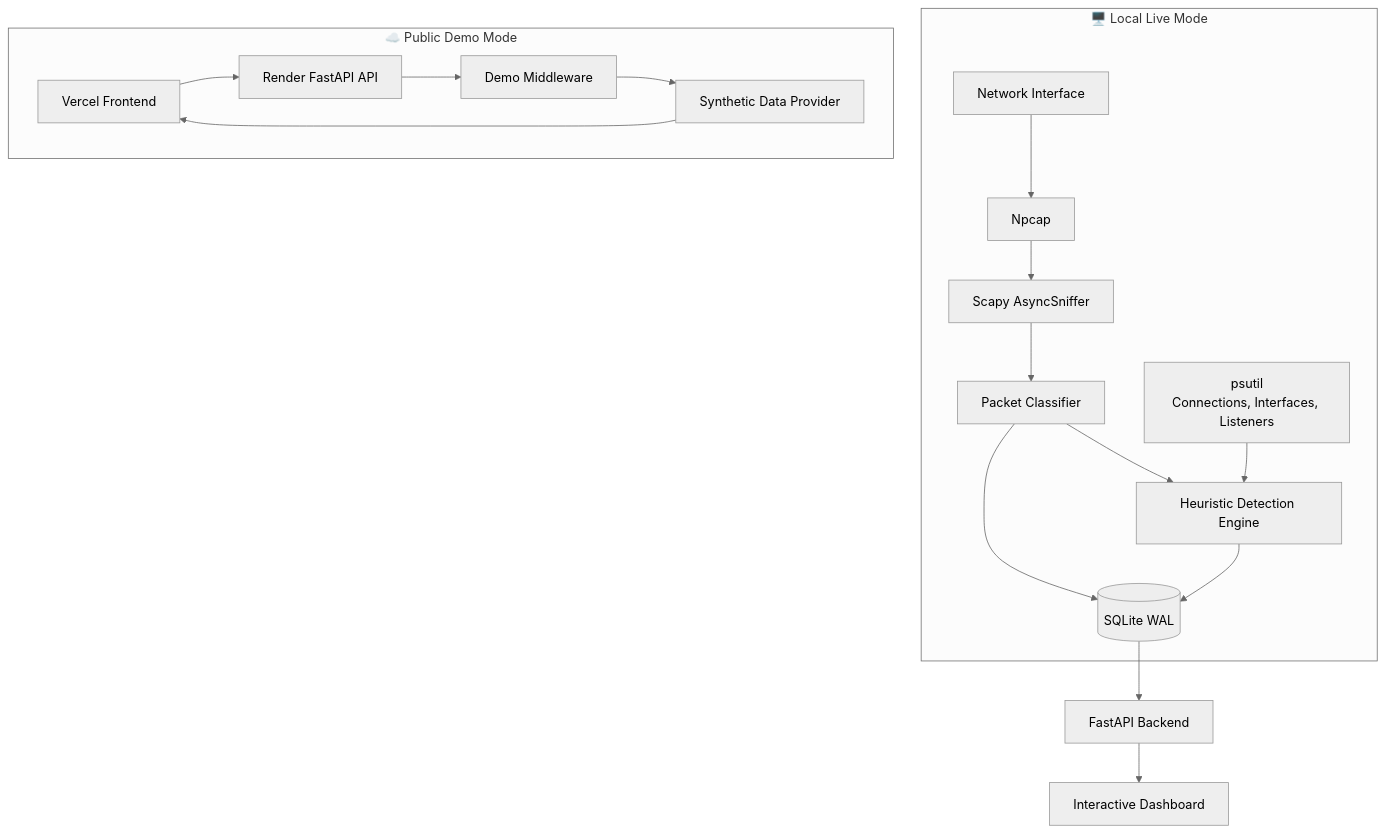
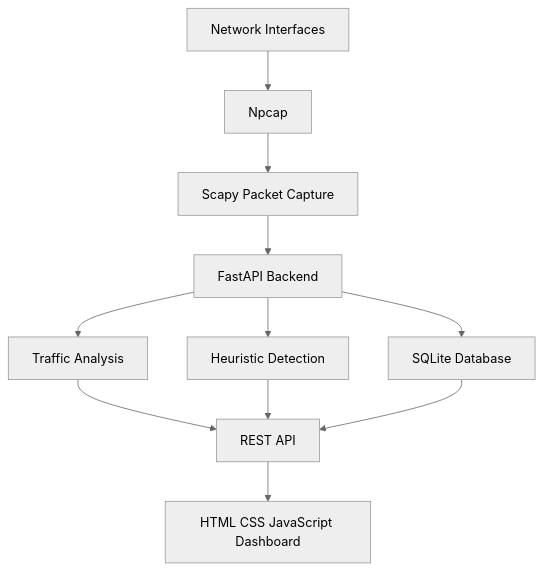
One commit to Ayushcodes-hub/NETWORK-WATCH changed the diagram in README.md. Above: the diagram before and after it, drawn with Mermaid (neutral theme). The commit also changed other lines of this file and 6 other files, not shown here.

````diff
--- a/README.md
+++ b/README.md
@@ -171,22 +78,13 @@
 ```mermaid
 flowchart TD
-    subgraph LOCAL["🖥️ Local Live Mode"]
-        A[Network Interface] --> B[Npcap]
-        B --> C[Scapy AsyncSniffer]
-        C --> D[Packet Classifier]
-        D --> E[Heuristic Detection Engine]
-        PS[psutil<br/>Connections, Interfaces, Listeners] --> E
-        D --> F[(SQLite WAL)]
-        E --> F
-    end
-
-    F --> G[FastAPI Backend]
-    G --> H[Interactive Dashboard]
-
-    subgraph CLOUD["☁️ Public Demo Mode"]
-        I[Vercel Frontend] --> J[Render FastAPI API]
-        J --> K[Demo Middleware]
-        K --> L[Synthetic Data Provider]
-        L --> I
-    end
+    A[Network Interfaces] --> B[Npcap]
+    B --> C[Scapy Packet Capture]
+    C --> D[FastAPI Backend]
+    D --> E[Traffic Analysis]
+    D --> F[Heuristic Detection]
+    D --> G[SQLite Database]
+    E --> H[REST API]
+    F --> H
+    G --> H
+    H --> I[HTML CSS JavaScript Dashboard]
 ```
````
